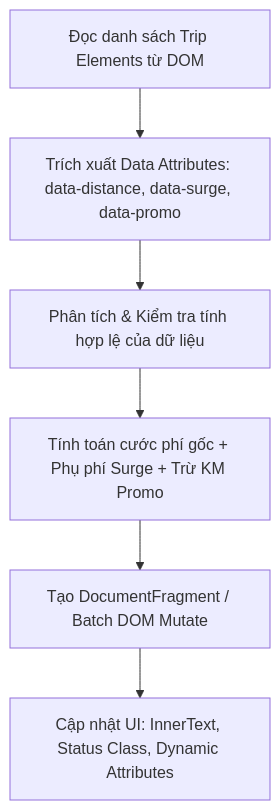
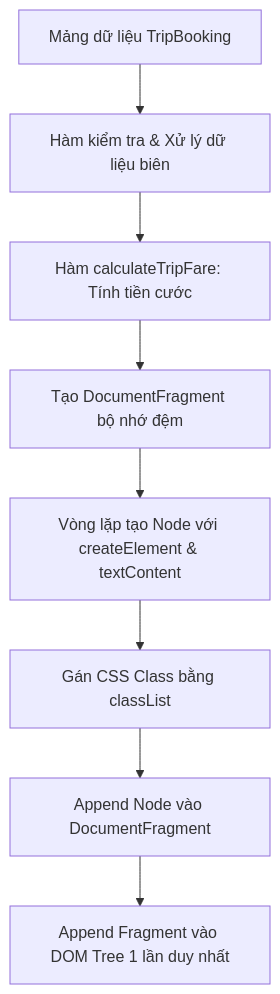
Before and after one commit to ngoquy12/learning_material: the diagram in output/pms/Phát_triển_ứng_dụng_web/Session 17 - Tương tác DOM API (Document Object Model)- Truy xuất và Thay đổi Nội dung/Bài tập/bai_tap_11.md, drawn with Mermaid. The commit also changed other lines of this file and 116 other files, not shown here.

Commit message:
fix(homework): standardize 15-exercise Bloom suite naming convention, add synthesis/mindmap exercises, clean legacy stubs, and integrate HomeworkReviewerAgent

````diff
--- a/output/pms/Phát_triển_ứng_dụng_web/Session 17 - Tương tác DOM API (Document Object Model)- Truy xuất và Thay đổi Nội dung/Bài tập/bai_tap_11.md
+++ b/output/pms/Phát_triển_ứng_dụng_web/Session 17 - Tương tác DOM API (Document Object Model)- Truy xuất và Thay đổi Nội dung/Bài tập/bai_tap_11.md
@@ -18,8 +22,10 @@
 ```mermaid
 flowchart TD
-    A[Đọc danh sách Trip Elements từ DOM] --> B[Trích xuất Data Attributes: data-distance, data-surge, data-promo]
-    B --> C[Phân tích & Kiểm tra tính hợp lệ của dữ liệu]
-    C --> D[Tính toán cước phí gốc + Phụ phí Surge + Trừ KM Promo]
-    D --> E[Tạo DocumentFragment / Batch DOM Mutate]
-    E --> F[Cập nhật UI: InnerText, Status Class, Dynamic Attributes]
+    A[Mảng dữ liệu TripBooking] --> B[Hàm kiểm tra & Xử lý dữ liệu biên]
+    B --> C[Hàm calculateTripFare: Tính tiền cước]
+    C --> D[Tạo DocumentFragment bộ nhớ đệm]
+    D --> E[Vòng lặp tạo Node với createElement & textContent]
+    E --> F[Gán CSS Class bằng classList]
+    F --> G[Append Node vào DocumentFragment]
+    G --> H[Append Fragment vào DOM Tree 1 lần duy nhất]
 ```
````
